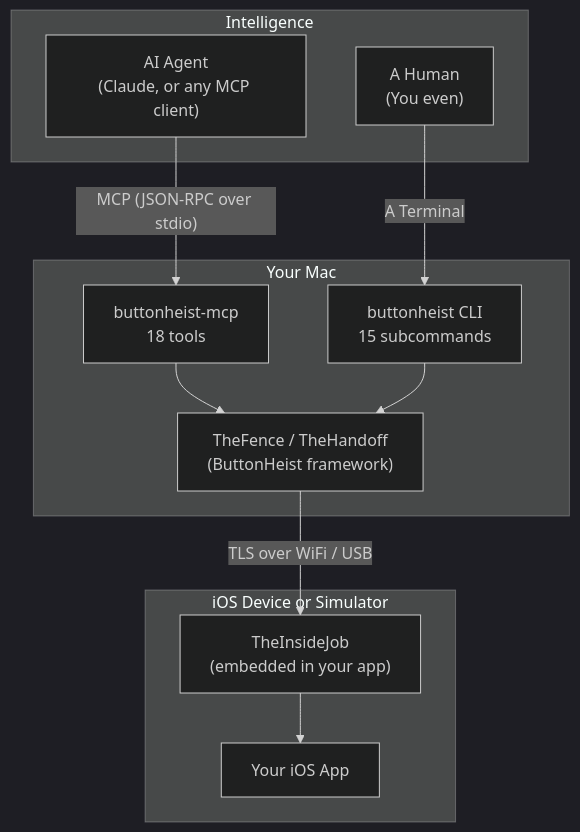
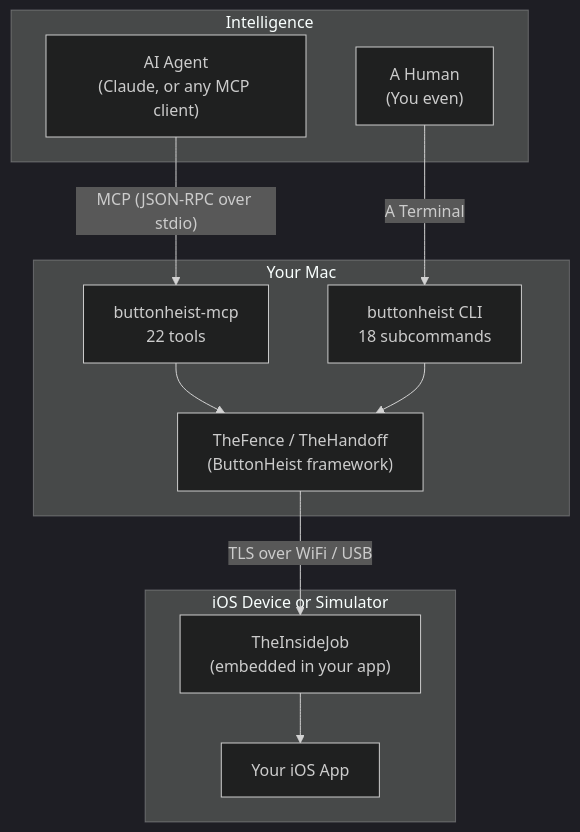
The diagram in README.md (RoyalPineapple/TheButtonHeist), drawn with Mermaid (dark theme) before and after one commit. The commit also changed other lines of this file and 1 other file, not shown here.

````diff
--- a/README.md
+++ b/README.md
@@ -60,34 +253,34 @@
 ```mermaid
 %% If you can read this, the diagram isn't rendering. Try github.com in a browser.
 graph TD
     AI["AI Agent<br/>(Claude, or any MCP client)"]
     HUMAN["A Human<br/>(You even)"]
-    MCP["buttonheist-mcp<br/>18 tools"]
-    CLI["buttonheist CLI<br/>15 subcommands"]
+    MCP["buttonheist-mcp<br/>22 tools"]
+    CLI["buttonheist CLI<br/>18 subcommands"]
     Client["TheFence / TheHandoff<br/>(ButtonHeist framework)"]
     IJ["TheInsideJob<br/>(embedded in your app)"]
     App["Your iOS App"]
 
     AI -->|"MCP (JSON-RPC over stdio)"| MCP
     MCP --> Client
     HUMAN -->|"A Terminal"| CLI
     CLI --> Client
     Client -->|"TLS over WiFi / USB"| IJ
     IJ --> App
 
     subgraph Intelligence["Intelligence"]
         HUMAN
         AI
     end
 
     subgraph Mac["Your Mac"]
         MCP
         CLI
         Client
     end
 
     subgraph Device["iOS Device or Simulator"]
         IJ
         App
     end
 ```
````
